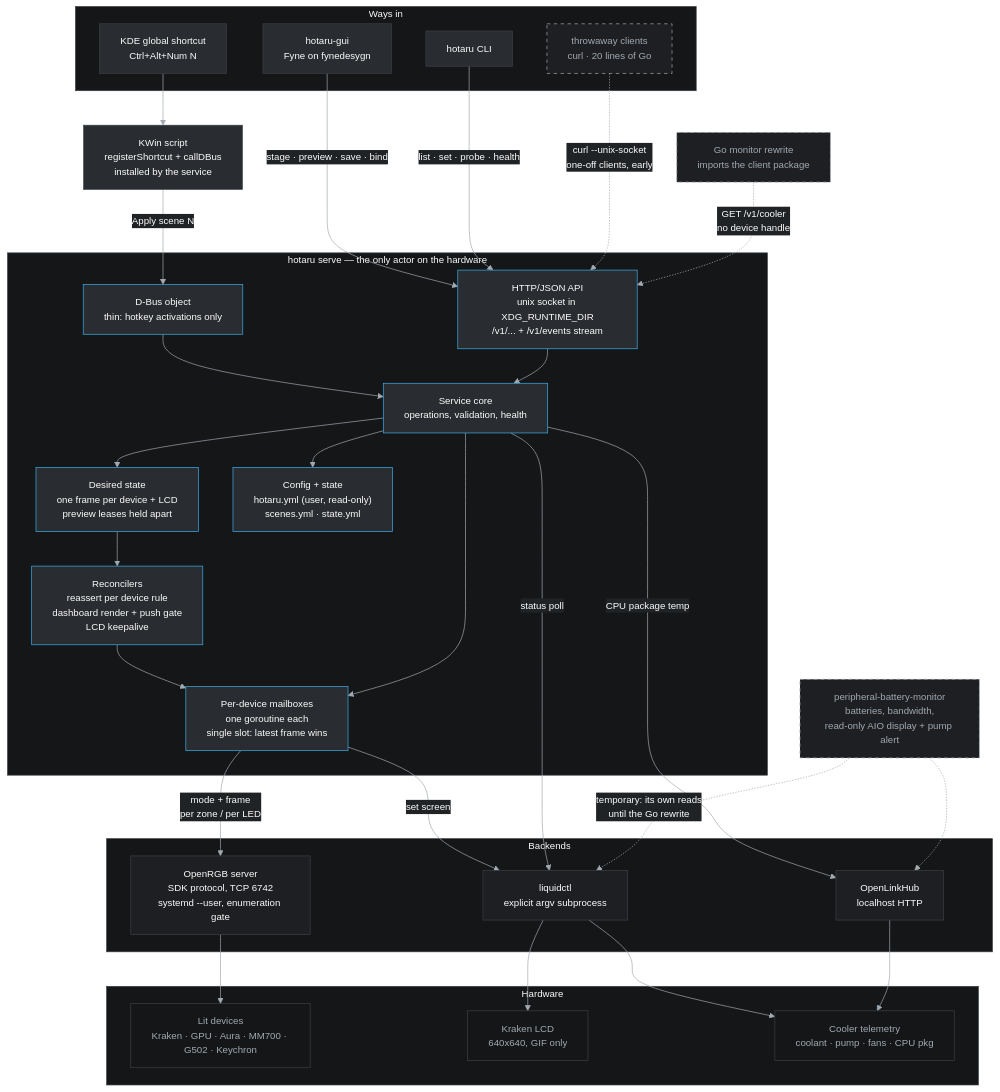
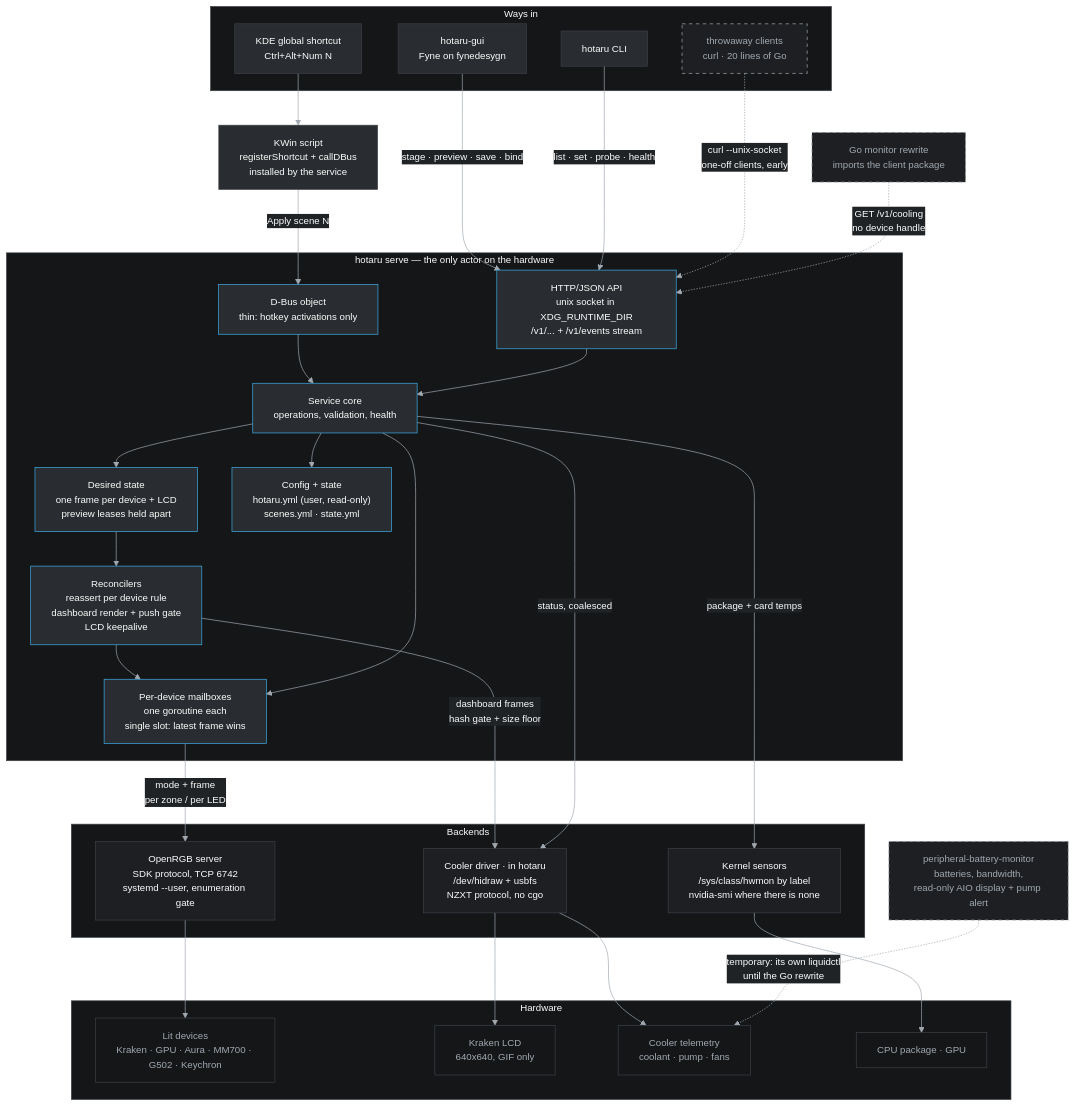
Before and after one commit to ushineko/hotaru: the first of 3 diagrams in docs/architecture.md, drawn with Mermaid. The commit also changed other lines of this file and 2 other files, not shown here.

Commit message:
docs: the cooler is hotaru's own, not liquidctl's
The architecture diagram still had liquidctl and OpenLinkHub as backends, with
the screen, the telemetry and the CPU package temperature routed through them,
and the hardware page told people their LCD needed liquidctl 1.16.0 and their
CPU temperature an AUR daemon. None of that has been true since spec 012.

What replaces it: the cooler driver inside hotaru over /dev/hidraw and usbfs,
the kernel's own sensors read by label, and nvidia-smi for the one card whose
driver registers no hwmon. The hardware page gains the udev rule the packaging
page already documents, because a cooler hotaru can find and cannot open is
the failure this page exists to prevent.

Also recorded there: the Kraken's two Hue 2 channels are separate controllers,
the displayed bucket is never written into, and the MM700's logo has no blue
channel.

```diff
--- a/docs/architecture.md
+++ b/docs/architecture.md
@@ -40,14 +40,15 @@
 
     subgraph backends["Backends"]
         ORGB["OpenRGB server<br/>SDK protocol, TCP 6742<br/>systemd --user, enumeration gate"]
-        LQC["liquidctl<br/>explicit argv subprocess"]
-        OLH["OpenLinkHub<br/>localhost HTTP"]
+        COOL["Cooler driver · in hotaru<br/>/dev/hidraw + usbfs<br/>NZXT protocol, no cgo"]
+        HWMON["Kernel sensors<br/>/sys/class/hwmon by label<br/>nvidia-smi where there is none"]
     end
 
     subgraph hw["Hardware"]
         LIT["Lit devices<br/>Kraken · GPU · Aura · MM700 · G502 · Keychron"]
         LCD["Kraken LCD<br/>640x640, GIF only"]
-        TELEM["Cooler telemetry<br/>coolant · pump · fans · CPU pkg"]
+        TELEM["Cooler telemetry<br/>coolant · pump · fans"]
+        TEMP["CPU package · GPU"]
     end
 
     PBM["peripheral-battery-monitor<br/>batteries, bandwidth,<br/>read-only AIO display + pump alert"]
@@ -68,18 +69,17 @@
     CORE --> MBOX
 
     MBOX -->|"mode + frame<br/>per zone / per LED"| ORGB
-    MBOX -->|"set screen"| LQC
-    CORE -->|"status poll"| LQC
-    CORE -->|"CPU package temp"| OLH
+    RECON -->|"dashboard frames<br/>hash gate + size floor"| COOL
+    CORE -->|"status, coalesced"| COOL
+    CORE -->|"package + card temps"| HWMON
 
     ORGB --> LIT
-    LQC --> LCD
-    LQC --> TELEM
-    OLH --> TELEM
+    COOL --> LCD
+    COOL --> TELEM
+    HWMON --> TEMP
 
-    PBM -.->|"temporary: its own reads<br/>until the Go rewrite"| LQC
-    PBM -.-> OLH
-    FUTURE -.->|"GET /v1/cooler<br/>no device handle"| API
+    PBM -.->|"temporary: its own liquidctl<br/>until the Go rewrite"| TELEM
+    FUTURE -.->|"GET /v1/cooling<br/>no device handle"| API
 
     classDef svcnode fill:#292c30,stroke:#3daee9,color:#fcfcfc
     classDef backend fill:#1d1f22,stroke:#3c4045,color:#fcfcfc
@@ -88,8 +88,8 @@
     classDef entry fill:#292c30,stroke:#3c4045,color:#fcfcfc
 
     class DBUS,API,CORE,STATE,RECON,MBOX,CFG svcnode
-    class ORGB,LQC,OLH backend
-    class LIT,LCD,TELEM hwnode
+    class ORGB,COOL,HWMON backend
+    class LIT,LCD,TELEM,TEMP hwnode
     class KEY,GUI,CLI,KWIN entry
     class DEV future
     class FUTURE,PBM future
```
